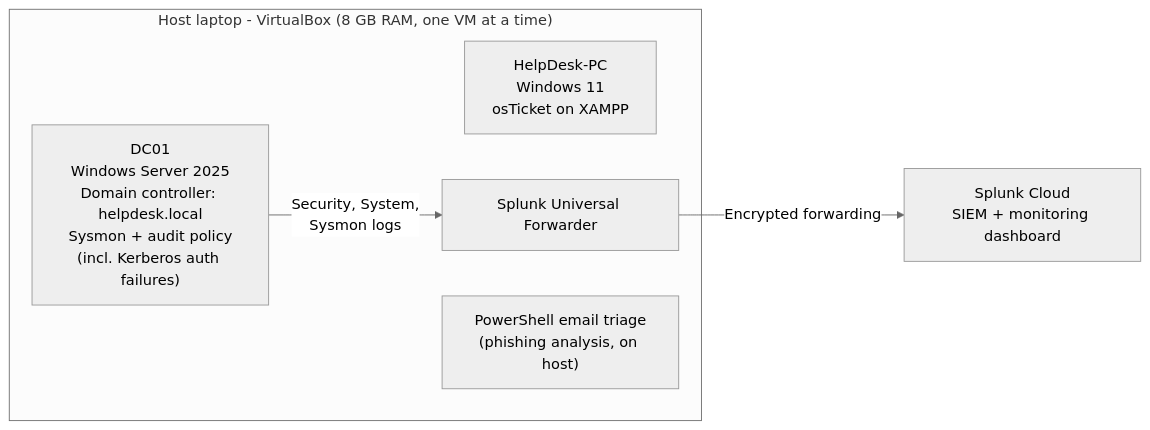
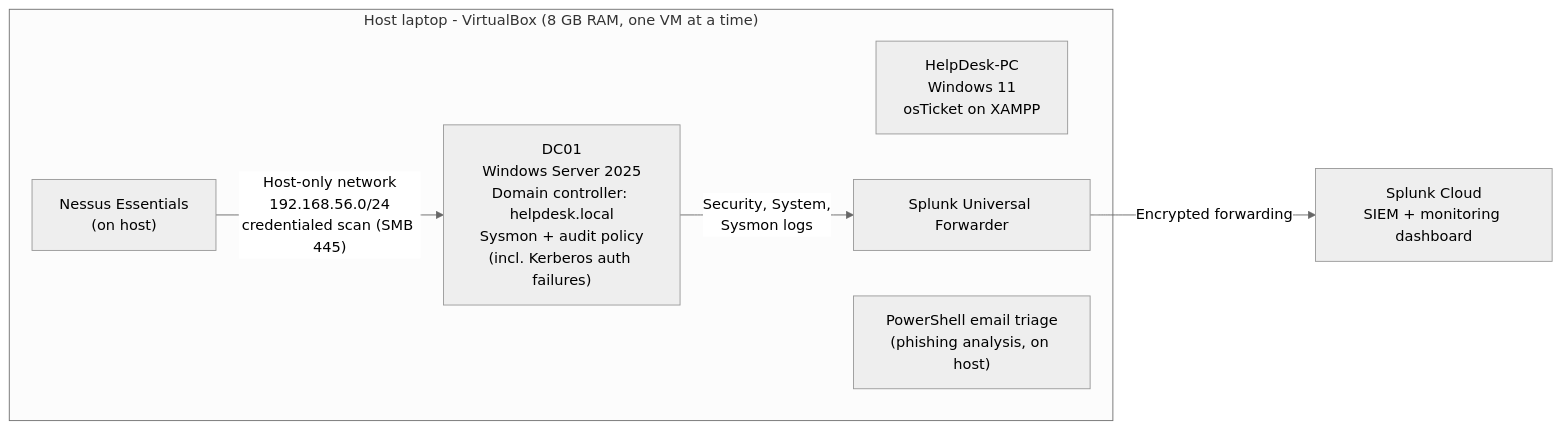
Before and after one commit to jaydenambrose5-beep/cybersecurity-labs: the diagram in README.md, drawn with Mermaid (neutral theme). The commit also changed other lines of this file and 8 other files, not shown here.

````diff
--- a/README.md
+++ b/README.md
@@ -17,11 +17,13 @@
 ```mermaid
 flowchart LR
     subgraph Host["Host laptop - VirtualBox (8 GB RAM, one VM at a time)"]
         PC["HelpDesk-PC<br/>Windows 11<br/>osTicket on XAMPP"]
         DC["DC01<br/>Windows Server 2025<br/>Domain controller: helpdesk.local<br/>Sysmon + audit policy<br/>(incl. Kerberos auth failures)"]
         UF["Splunk Universal Forwarder"]
         DC -- "Security, System,<br/>Sysmon logs" --> UF
         PS["PowerShell email triage<br/>(phishing analysis, on host)"]
+        NS["Nessus Essentials<br/>(on host)"]
+        NS -- "Host-only network<br/>192.168.56.0/24<br/>credentialed scan (SMB 445)" --> DC
     end
     UF -- "Encrypted forwarding" --> SC["Splunk Cloud<br/>SIEM + monitoring dashboard"]
 ```
````
